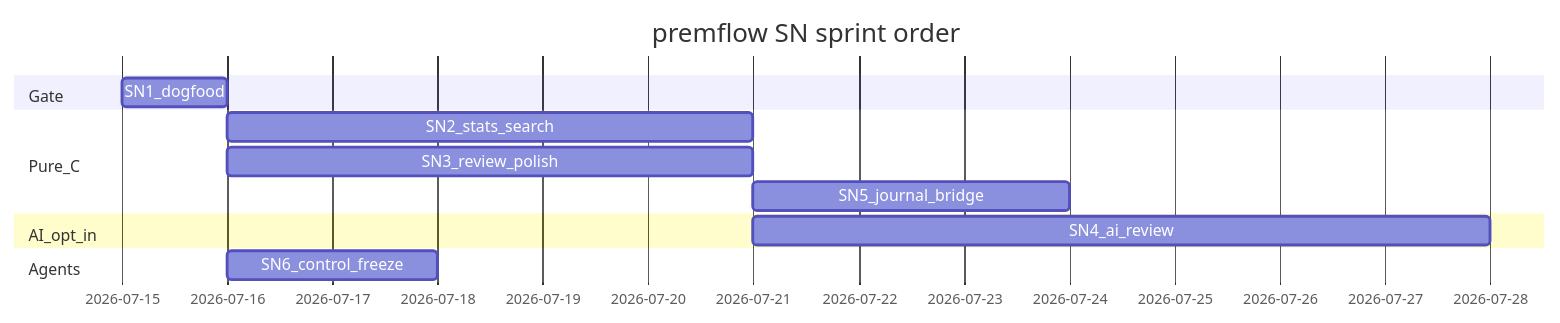
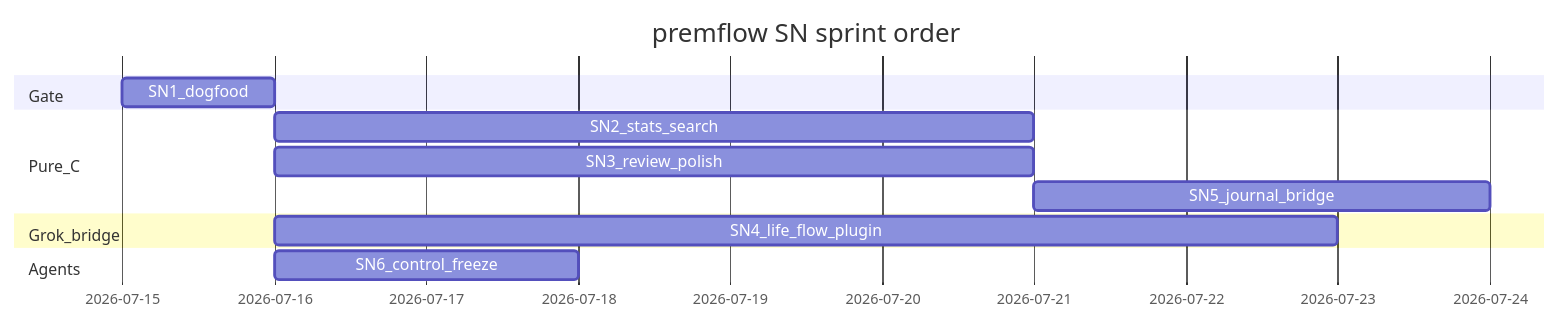
The tenth of 11 diagrams in designs/coming-next.md (thecuriousts/premflow), drawn with Mermaid before and after one commit. The commit also changed other lines of this file and 2 other files, not shown here.

First line of the commit message:
docs: reframe AI path as Grok driving premflow

````diff
--- a/designs/coming-next.md
+++ b/designs/coming-next.md
@@ -446,15 +462,15 @@
 ```mermaid
 gantt
   title premflow SN sprint order
   dateFormat YYYY-MM-DD
   section Gate
   SN1_dogfood           :a1, 2026-07-15, 1d
   section Pure_C
   SN2_stats_search      :a2, after a1, 5d
   SN3_review_polish     :a3, after a1, 5d
   SN5_journal_bridge    :a5, after a3, 3d
-  section AI_opt_in
-  SN4_ai_review         :a4, after a2, 7d
+  section Grok_bridge
+  SN4_life_flow_plugin  :a4, after a1, 7d
   section Agents
   SN6_control_freeze    :a6, after a1, 2d
 ```
````
